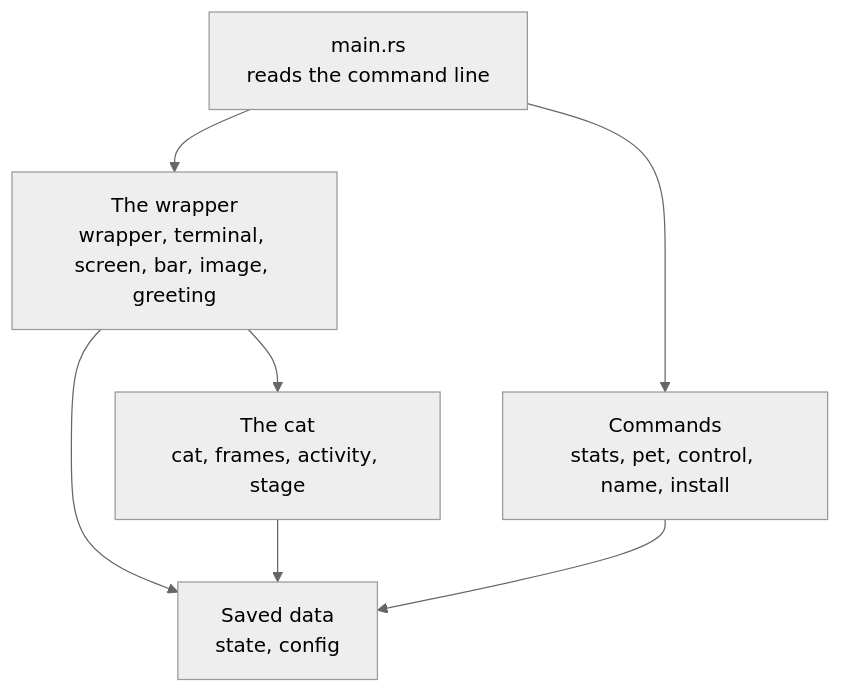
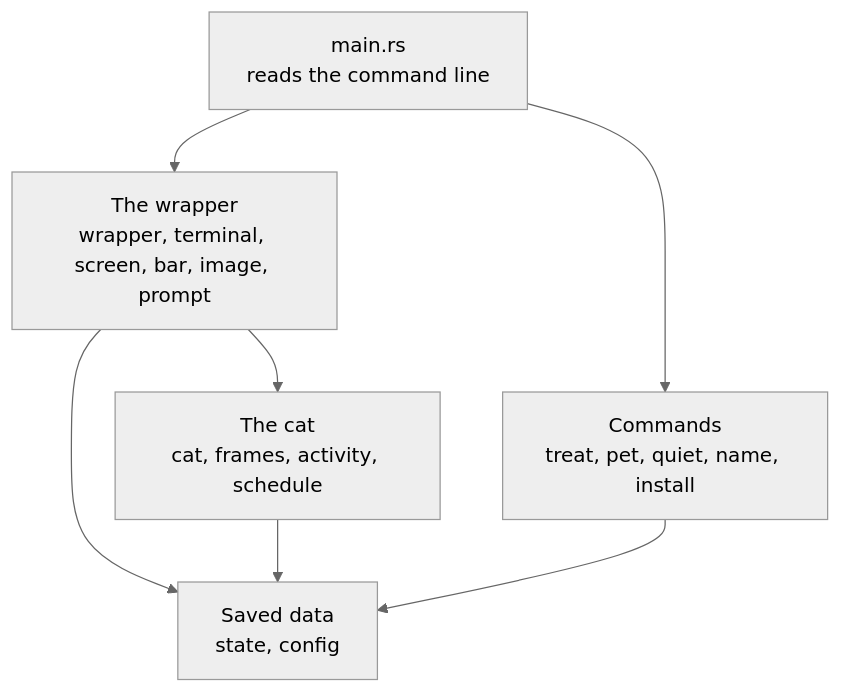
Before and after one commit to ado11231/stray: the second of 5 diagrams in docs/ARCHITECTURE.md, drawn with Mermaid (neutral theme). The commit also changed other lines of this file and 3 other files, not shown here.

````diff
--- a/docs/ARCHITECTURE.md
+++ b/docs/ARCHITECTURE.md
@@ -112,14 +115,14 @@
 ```mermaid
 flowchart TD
     Main["main.rs<br/>reads the command line"]
-    Wrap["The wrapper<br/>wrapper, terminal, screen, bar, image, greeting"]
-    Cat["The cat<br/>cat, frames, activity, stage"]
+    Wrap["The wrapper<br/>wrapper, terminal, screen, bar, image, prompt"]
+    Cat["The cat<br/>cat, frames, activity, schedule"]
     Store["Saved data<br/>state, config"]
-    Cmd["Commands<br/>stats, pet, control, name, install"]
+    Cmd["Commands<br/>treat, pet, quiet, name, install"]
     Main --> Wrap
     Main --> Cmd
     Wrap --> Cat
     Wrap --> Store
     Cat --> Store
     Cmd --> Store
 ```
````
